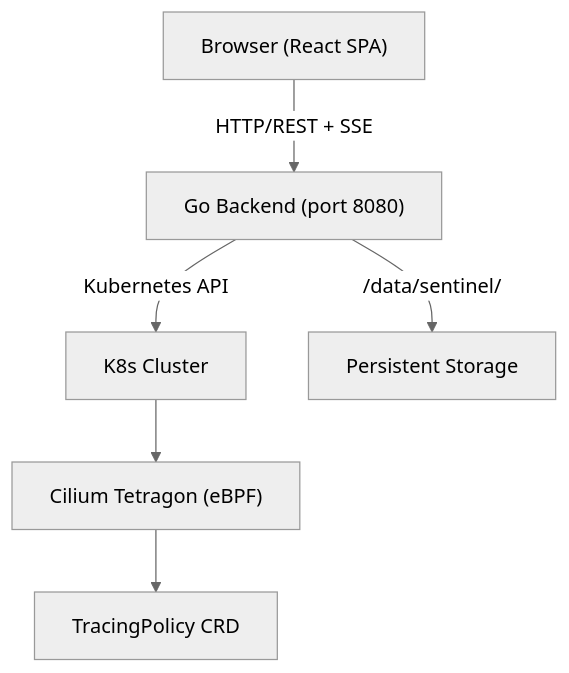
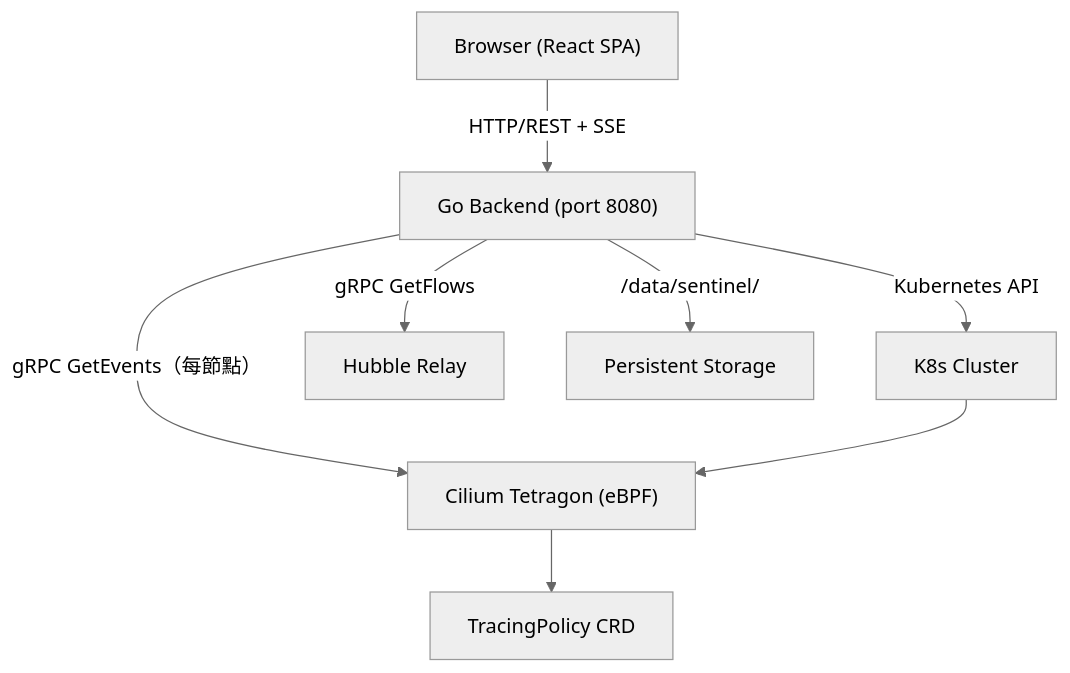
The first of 2 diagrams in docs/architecture.md (cooloo9871/Sentinel-doc), drawn with Mermaid (neutral theme) before and after one commit. The commit also changed other lines of this file and 23 other files, not shown here.

````diff
--- a/docs/architecture.md
+++ b/docs/architecture.md
@@ -13,8 +13,10 @@
 ```mermaid
 graph TD
     A["Browser (React SPA)"] -->|"HTTP/REST + SSE"| B["Go Backend (port 8080)"]
     B -->|"Kubernetes API"| C["K8s Cluster"]
-    C --> D["Cilium Tetragon (eBPF)"]
+    B -->|"gRPC GetEvents（每節點）"| D["Cilium Tetragon (eBPF)"]
+    B -->|"gRPC GetFlows"| H["Hubble Relay"]
+    C --> D
     D --> E["TracingPolicy CRD"]
     B -->|"/data/sentinel/"| F["Persistent Storage"]
 ```
````
